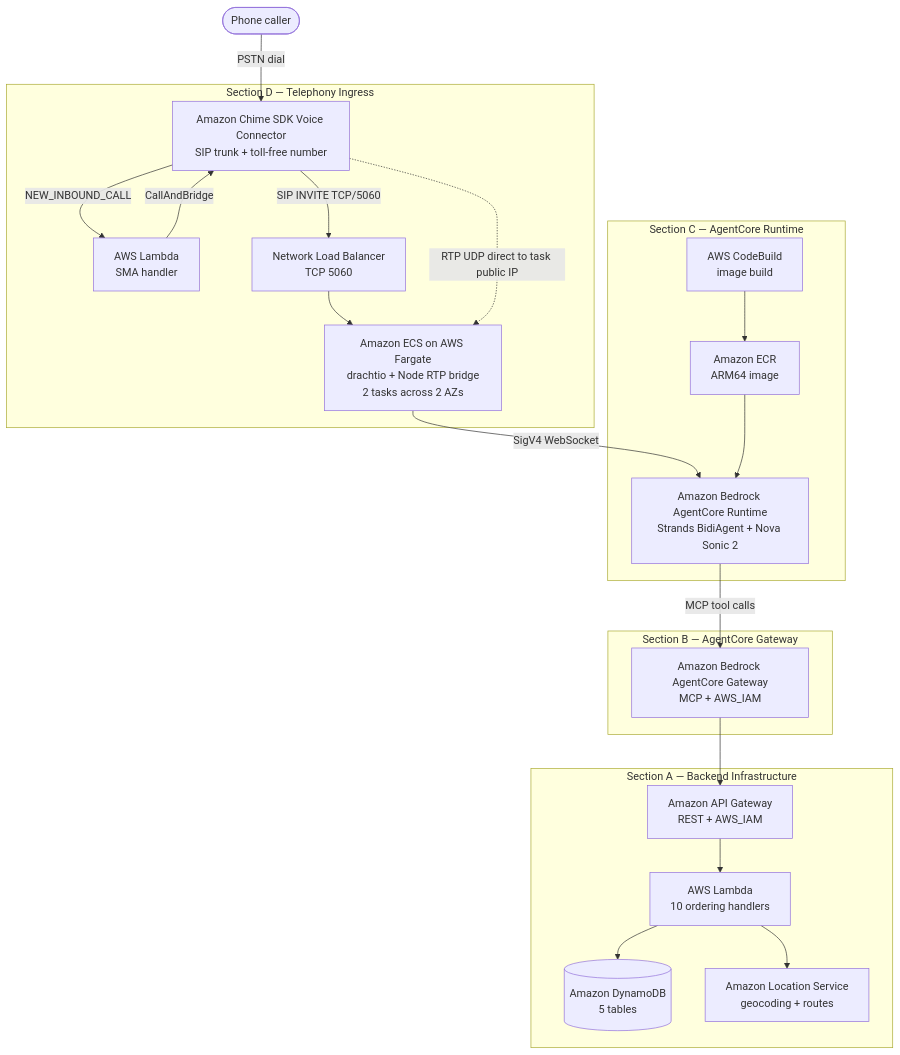
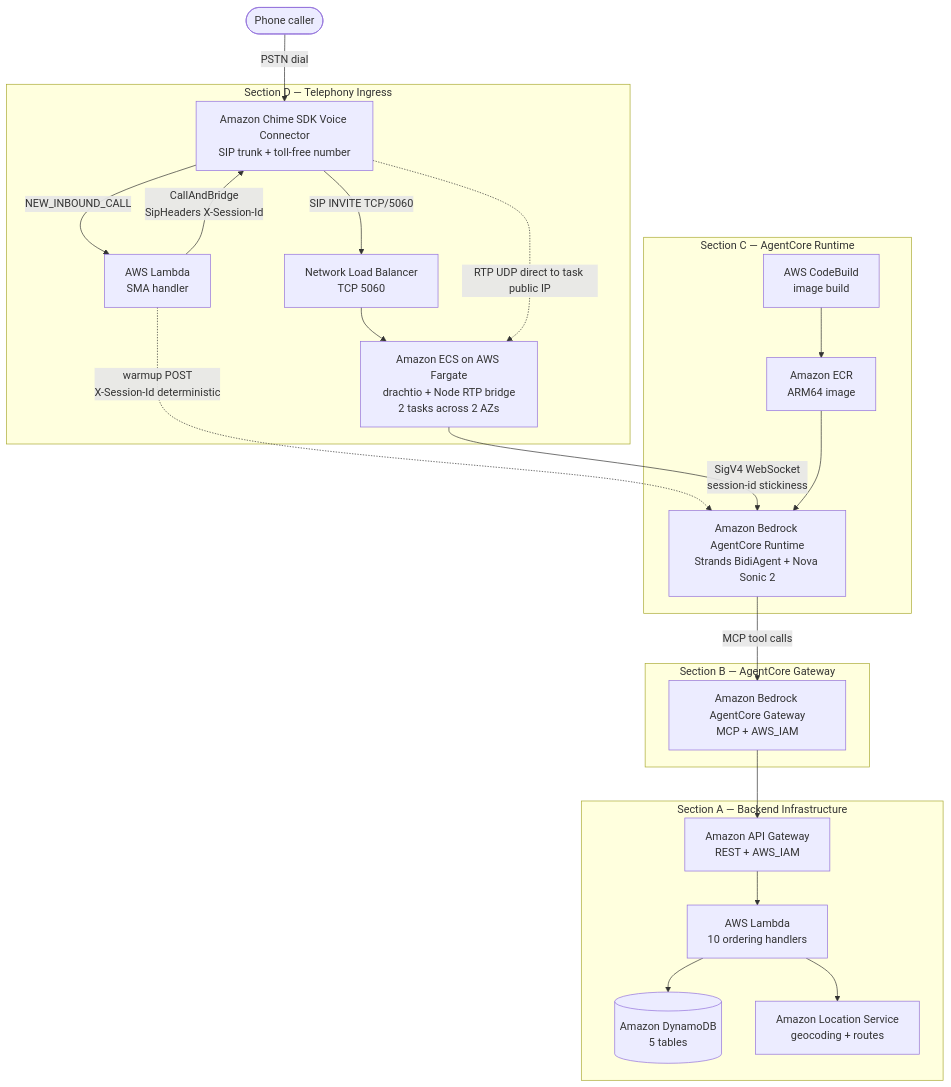
One commit to aws-samples/sample-restaurant-telephony-ai-host-using-amazon-connect-customer changed the diagram in README.md. Above: the diagram before and after it, drawn with Mermaid. The commit also changed other lines of this file and 2 other files, not shown here.

Commit message:
docs: update README + flow visualizer for r7.2 pre-warm and prompt rendering

````diff
--- a/README.md
+++ b/README.md
@@ -34,42 +34,43 @@
 ```mermaid
 graph TB
     subgraph SectionA["Section A — Backend Infrastructure"]
         DDB[("Amazon DynamoDB<br/>5 tables")]
         LOC["Amazon Location Service<br/>geocoding + routes"]
         LAMBDAS["AWS Lambda<br/>10 ordering handlers"]
         APIGW["Amazon API Gateway<br/>REST + AWS_IAM"]
     end
 
     subgraph SectionB["Section B — AgentCore Gateway"]
         GW["Amazon Bedrock AgentCore Gateway<br/>MCP + AWS_IAM"]
     end
 
     subgraph SectionC["Section C — AgentCore Runtime"]
         ECR["Amazon ECR<br/>ARM64 image"]
         CB["AWS CodeBuild<br/>image build"]
         RT["Amazon Bedrock AgentCore Runtime<br/>Strands BidiAgent + Nova Sonic 2"]
     end
 
     subgraph SectionD["Section D — Telephony Ingress"]
         VC["Amazon Chime SDK Voice Connector<br/>SIP trunk + toll-free number"]
         SMA["AWS Lambda<br/>SMA handler"]
         NLB["Network Load Balancer<br/>TCP 5060"]
         FG["Amazon ECS on AWS Fargate<br/>drachtio + Node RTP bridge<br/>2 tasks across 2 AZs"]
     end
 
     Caller(["Phone caller"])
     Caller -->|PSTN dial| VC
     VC -->|NEW_INBOUND_CALL| SMA
-    SMA -->|CallAndBridge| VC
+    SMA -.->|warmup POST<br/>X-Session-Id deterministic| RT
+    SMA -->|CallAndBridge<br/>SipHeaders X-Session-Id| VC
     VC -->|SIP INVITE TCP/5060| NLB
     NLB --> FG
     VC -.->|RTP UDP direct to task public IP| FG
-    FG -->|SigV4 WebSocket| RT
+    FG -->|SigV4 WebSocket<br/>session-id stickiness| RT
     RT -->|MCP tool calls| GW
     GW --> APIGW
     APIGW --> LAMBDAS
     LAMBDAS --> DDB
     LAMBDAS --> LOC
     CB --> ECR
     ECR --> RT
 ```
````
